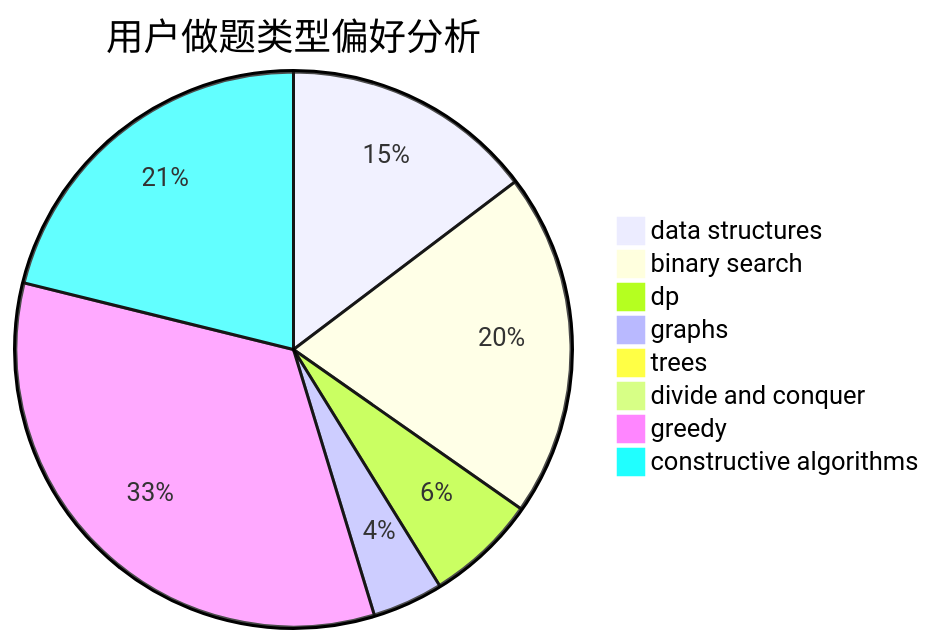
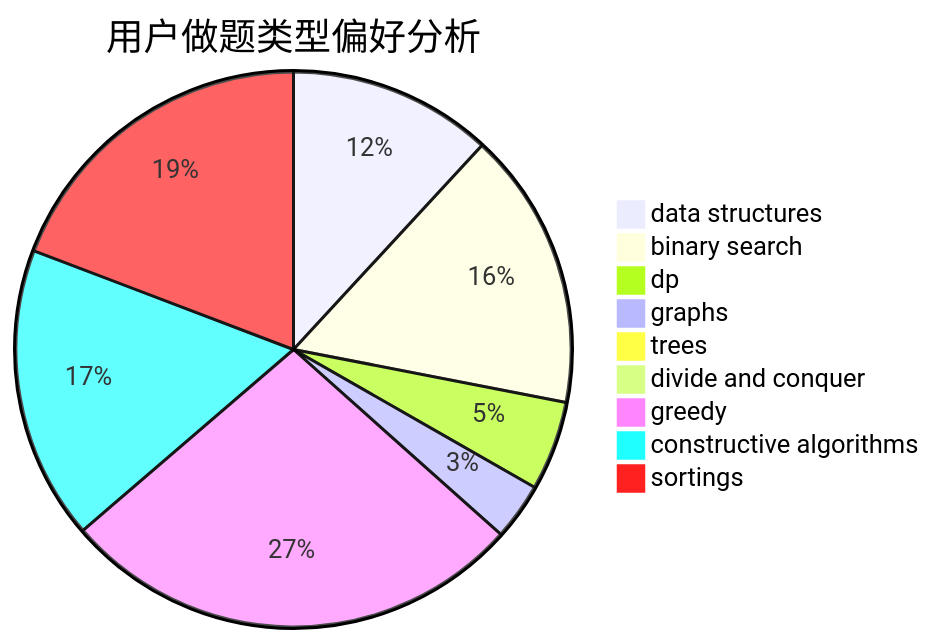
The second of 3 diagrams in docs/user/u1541.md (sherpahu/cfrs.github.io), drawn with Mermaid before and after one commit. The commit also changed other lines of this file and 2769 other files, not shown here.

````diff
--- a/docs/user/u1541.md
+++ b/docs/user/u1541.md
@@ -23,11 +18,12 @@
 ```mermaid
 pie title 用户做题类型偏好分析
     "data structures" :  239
     "binary search" :  326
     "dp" :  105
     "graphs" :  67
     "trees" :  10
     "divide and conquer" :  1
     "greedy" :  546
     "constructive algorithms" :  344
+    "sortings" :  387
 ```
````
